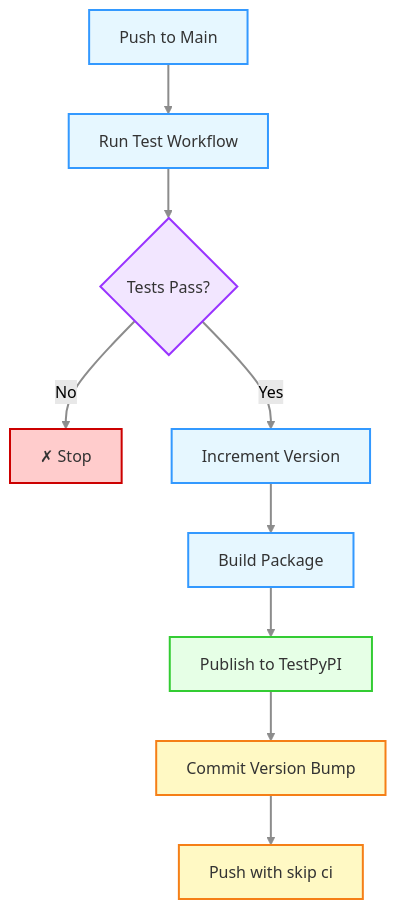
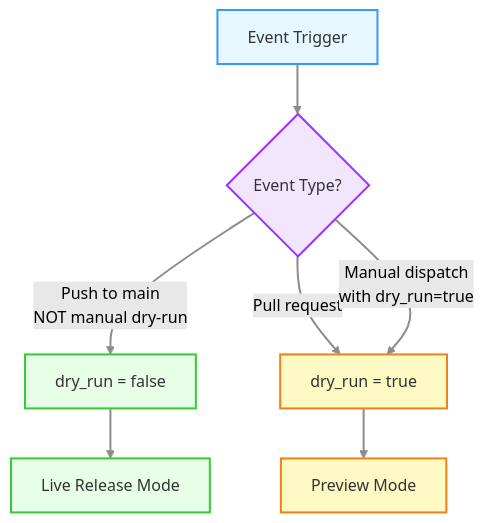
Before and after one commit to minouris/spafw37: the third of 18 diagrams in .github/RELEASE_PROCESS.md, drawn with Mermaid (forest theme). The commit also changed other lines of this file, not shown here.

Commit message:
Updated documentation for release workflows

````diff
--- a/.github/RELEASE_PROCESS.md
+++ b/.github/RELEASE_PROCESS.md
@@ -108,25 +231,22 @@
 ```mermaid
 flowchart TD
-    A[Push to Main] --> B[Run Test Workflow]
-    B --> C{Tests Pass?}
-    C -->|No| D[✗ Stop]
-    C -->|Yes| E[Increment Version]
-    E --> F[Build Package]
-    F --> G[Publish to TestPyPI]
-    G --> H[Commit Version Bump]
-    H --> I[Push with skip ci]
+    A[Event Trigger] --> B{Event Type?}
+    B -->|Push to main<br/>NOT manual dry-run| C[dry_run = false]
+    B -->|Pull request| D[dry_run = true]
+    B -->|Manual dispatch<br/>with dry_run=true| D
     
-    classDef processStyle fill:#e6f7ff,stroke:#3399ff,stroke-width:2px,color:#333
+    C --> E[Live Release Mode]
+    D --> F[Preview Mode]
+    
+    classDef triggerStyle fill:#e6f7ff,stroke:#3399ff,stroke-width:2px,color:#333
     classDef decisionStyle fill:#f2e6ff,stroke:#9933ff,stroke-width:2px,color:#333
-    classDef errorStyle fill:#ffcccc,stroke:#cc0000,stroke-width:2px,color:#333
-    classDef publishStyle fill:#e6ffe6,stroke:#33cc33,stroke-width:2px,color:#333
-    classDef commitStyle fill:#fff9c4,stroke:#f57f17,stroke-width:2px,color:#333
+    classDef liveStyle fill:#e6ffe6,stroke:#33cc33,stroke-width:2px,color:#333
+    classDef previewStyle fill:#fff9c4,stroke:#f57f17,stroke-width:2px,color:#333
     
-    class A,B,E,F processStyle
-    class C decisionStyle
-    class D errorStyle
-    class G publishStyle
-    class H,I commitStyle
+    class A triggerStyle
+    class B decisionStyle
+    class C,E liveStyle
+    class D,F previewStyle
     
     linkStyle default stroke:#8c8c8c,stroke-width:2px
 ```
````
